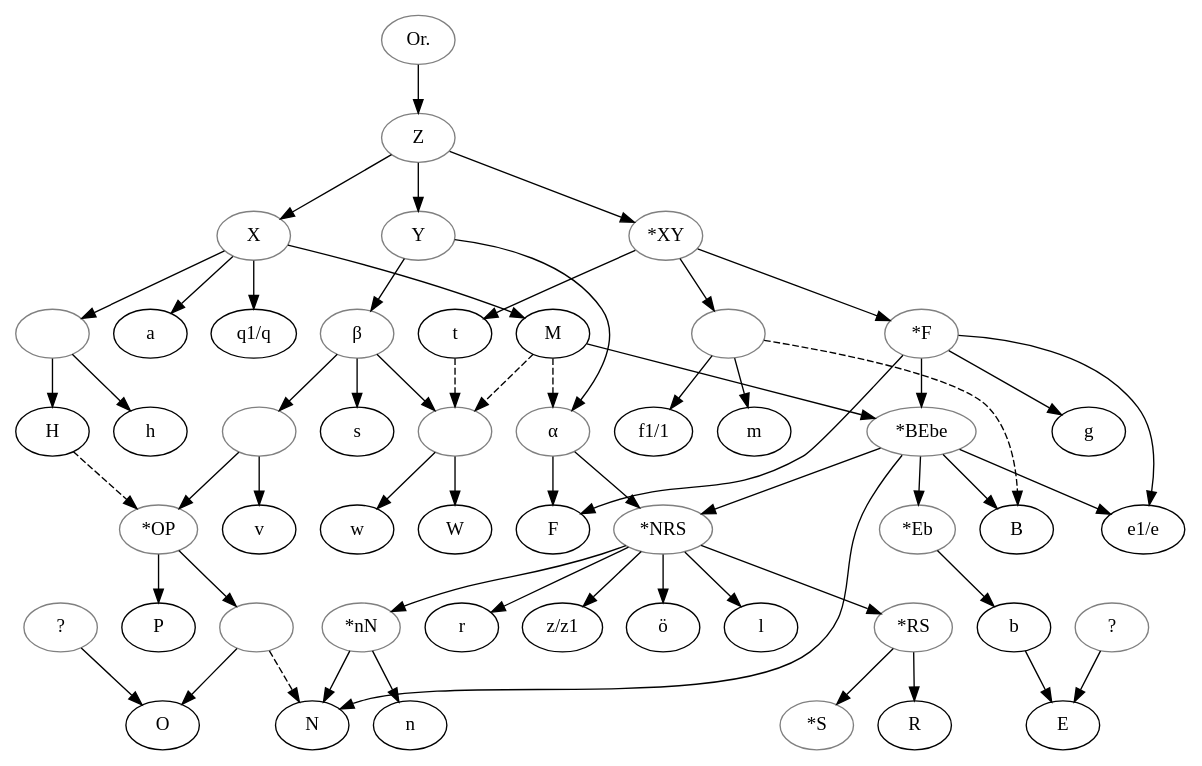
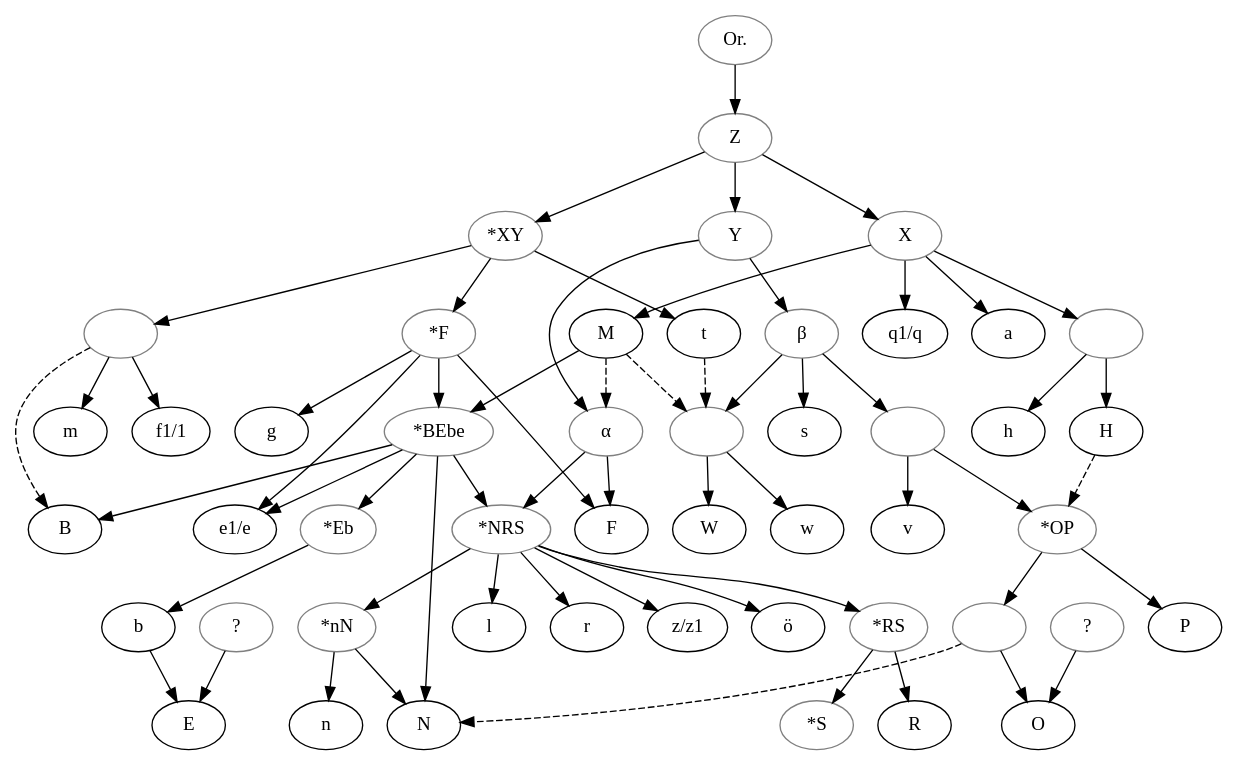
One commit to OpenStemmata/database changed the diagram in data/gmh/Wetzel_1992_Tristan/stemma.gv. Above: the diagram before and after it, drawn with Graphviz.

Commit message:
Removed node declaration without attributes
Needed to pass the checks

```diff
--- a/data/gmh/Wetzel_1992_Tristan/stemma.gv
+++ b/data/gmh/Wetzel_1992_Tristan/stemma.gv
@@ -1,137 +1,114 @@
 
 digraph {
 
     original[color="grey", label="Or."]
     archetyp[color="grey", label=Z]
     X[color="grey"]
     starXY[color="grey", label="*XY"]
     Y[color="grey"]
     1[color="grey", label=""]
-    a
     q1slashq[label="q1/q"]
-    M
-    H
-    h
     2[color="grey", label=""]
-    m
     f1slashf[label="f1/1"]
     starF[color="grey", label="*F"]
-    t
     alpha[color="grey", label="α"]
     beta[color="grey", label="β"]
     starBEbe[color="grey", label="*BEbe"]
-    B
     starEb[color="grey", label="*Eb"]
-    b
-    E
     questionprime[color="grey", label="?"]
     e1slashe[label="e1/e"]
-    N
-    F
     starNRS[color="grey", label="*NRS"]
-    g
     starnN[color="grey", label="*nN"]
-    l
-    r
     zslashz1[label="z/z1"]
     oe[label="ö"]
     starRS[color="grey", label="*RS"]
-    n
-    R
     starS[color="grey", label="*S"]
     4[color="grey", label=""]
-    s
     5[color="grey", label=""]
-    w
-    W
-    v
     starOP[color="grey", label="*OP"]
-    O
-    P
     questionsec[color="grey", label="?"]
     6[color="grey", label=""]
-    
 
    original -> archetyp
    archetyp -> X
    archetyp -> starXY
    archetyp -> Y
 
    X -> 1
    X -> a
    X -> q1slashq
    X -> M
 
    1 -> H
    1 -> h
    
    starXY -> 2
    starXY -> starF
    starXY -> t
    
    2 -> m
    2 -> f1slashf
 
    Y -> beta
    Y -> alpha
 
    M -> starBEbe
 
    starF -> starBEbe
    starF -> e1slashe
    starF -> F
    starF -> g
 
    starBEbe -> starEb
    starBEbe -> e1slashe
    starBEbe -> N
    starBEbe -> starNRS
    starBEbe -> B
 
    starEb -> b
 
    b -> E
 
    questionprime -> E
 
    alpha -> F 
    alpha -> starNRS
 
    starNRS -> starnN
    starNRS -> l
    starNRS -> r
    starNRS -> zslashz1
    starNRS -> oe
    starNRS -> starRS
 
    starnN -> n
    starnN -> N
 
    starRS -> R
    starRS -> starS
 
    beta -> s
    beta -> 5
    beta -> 4
 
    4 -> w
    4 -> W
 
    5 -> v
    5 -> starOP
 
    starOP -> P
    starOP -> 6
 
    6 -> O
 
    questionsec -> O
 
    H -> starOP [style="dashed"]
    M -> alpha [style="dashed"]
    M -> 4 [style="dashed"]
    2 -> B [style="dashed"]
    t -> 4 [style="dashed"]
    6 -> N [style="dashed"]
 
 }
```
